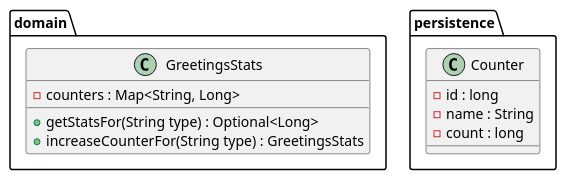
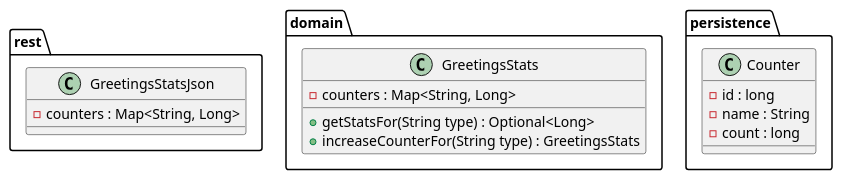
Before and after one commit to McKratt/greetings: the diagram in greetings-stat-service/src/doc/Entities.puml, drawn with PlantUML.

Commit message:
doc: stats entities

```diff
--- a/greetings-stat-service/src/doc/Entities.puml
+++ b/greetings-stat-service/src/doc/Entities.puml
@@ -1,28 +1,21 @@
 @startuml
-'package consumer{
-'    class GreetingMessage {
-'        - type : URI
-'        - payload : String
-'    }
-'}
-'package client{
-'
-'}
+package rest{
+    class GreetingsStatsJson {
+        - counters : Map<String, Long>
+    }
+}
 package domain{
-'    class GreetingCreated {
-'        - identifier : UUID
-'    }
     class GreetingsStats{
         - counters : Map<String, Long>
         + getStatsFor(String type) : Optional<Long>
         + increaseCounterFor(String type) : GreetingsStats
     }
 }
 package persistence{
     class Counter{
         - id : long
         - name : String
         - count : long
     }
 }
 @enduml
```
